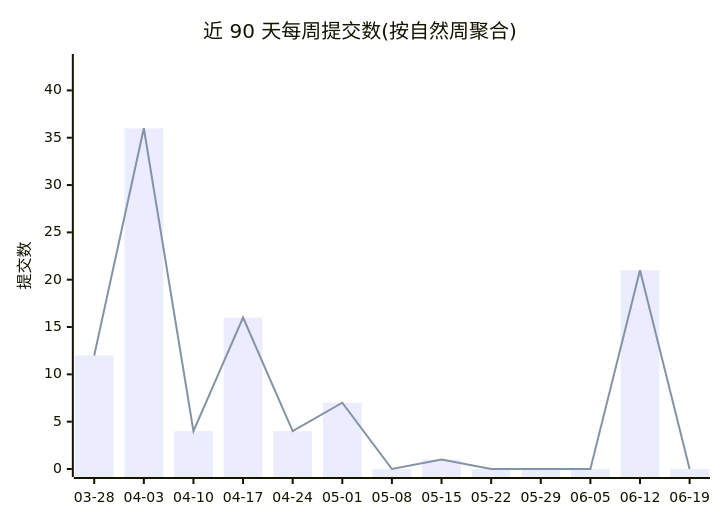
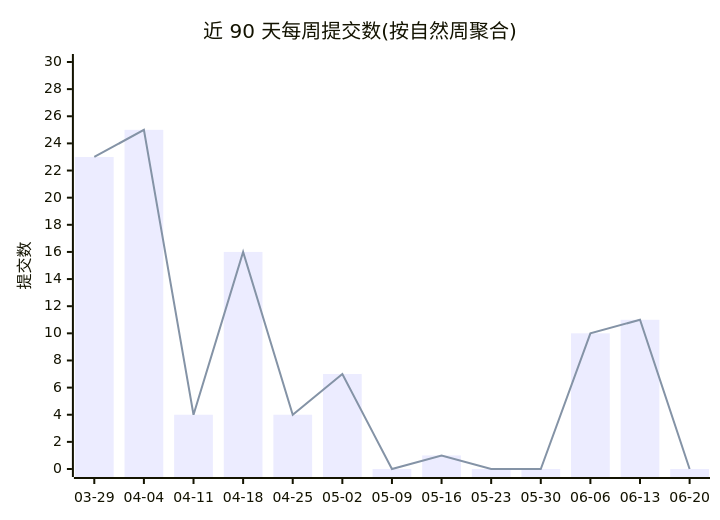
One commit to Conflux-Union/.github changed the first of 2 diagrams in profile/README.md. Above: the diagram before and after it, drawn with Mermaid. The commit also changed other lines of this file and 1 other file, not shown here.

Commit message:
chore(stats): refresh org commit stats

````diff
--- a/profile/README.md
+++ b/profile/README.md
@@ -44,8 +44,8 @@
 ```mermaid
 xychart-beta
     title "近 90 天每周提交数(按自然周聚合)"
-    x-axis ["03-28", "04-03", "04-10", "04-17", "04-24", "05-01", "05-08", "05-15", "05-22", "05-29", "06-05", "06-12", "06-19"]
-    y-axis "提交数" 0 --> 43
-    bar [12, 36, 4, 16, 4, 7, 0, 1, 0, 0, 0, 21, 0]
-    line [12, 36, 4, 16, 4, 7, 0, 1, 0, 0, 0, 21, 0]
+    x-axis ["03-29", "04-04", "04-11", "04-18", "04-25", "05-02", "05-09", "05-16", "05-23", "05-30", "06-06", "06-13", "06-20"]
+    y-axis "提交数" 0 --> 30
+    bar [23, 25, 4, 16, 4, 7, 0, 1, 0, 0, 10, 11, 0]
+    line [23, 25, 4, 16, 4, 7, 0, 1, 0, 0, 10, 11, 0]
 ```
````
